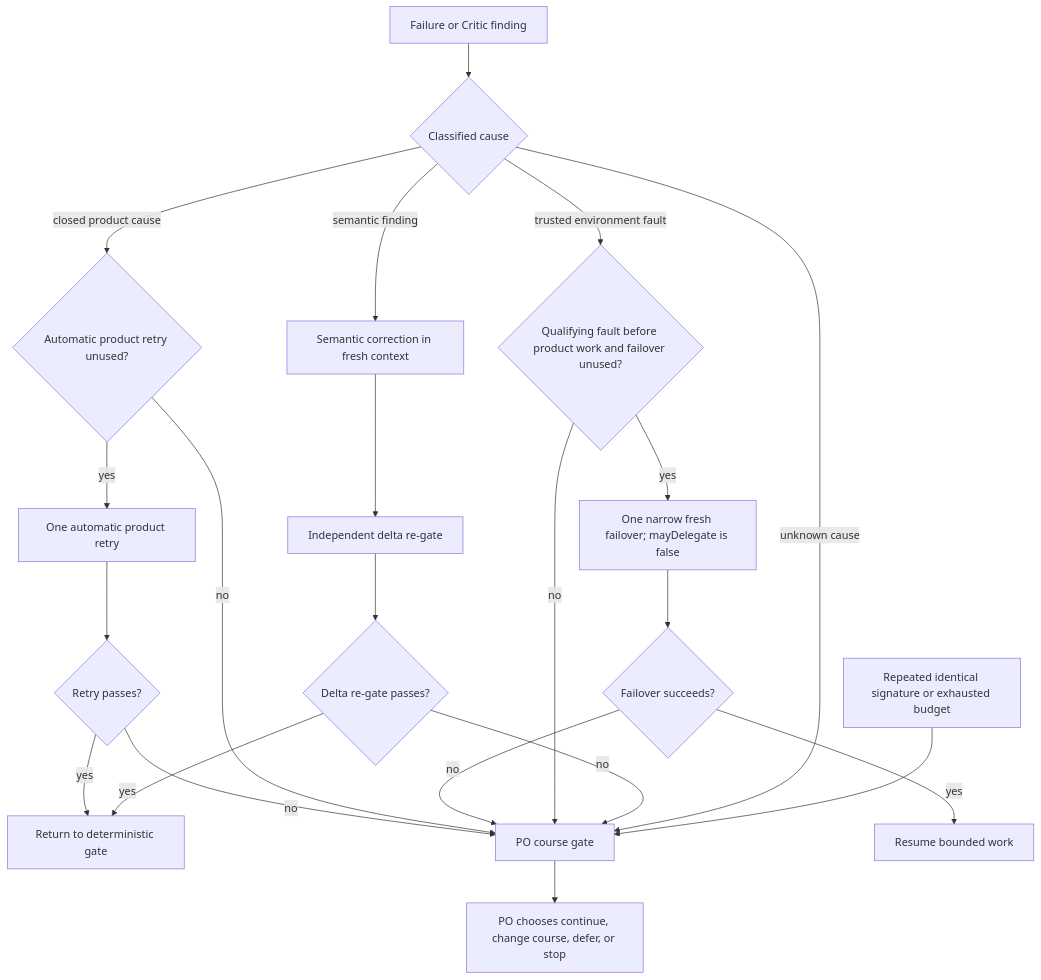
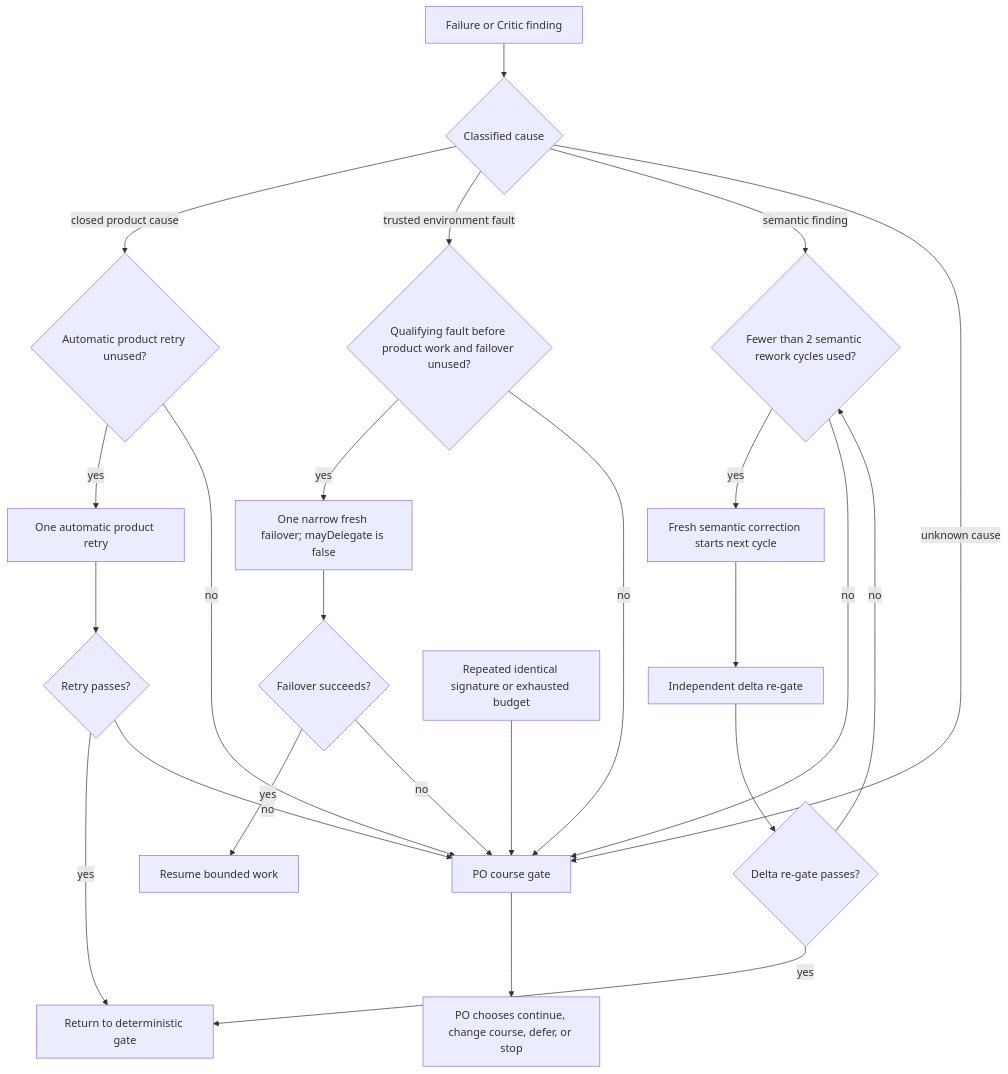
One commit to agent-pipe-shared/agent-pipeline changed the second of 3 diagrams in PIPELINE_FLOW.md. Above: the diagram before and after it, drawn with Mermaid. The commit also changed other lines of this file, not shown here.

First line of the commit message:
docs: correct pipeline flow gates

````diff
--- a/PIPELINE_FLOW.md
+++ b/PIPELINE_FLOW.md
@@ -87,24 +113,26 @@
 ```mermaid
 flowchart TD
     FAILURE["Failure or Critic finding"] --> KIND{"Classified cause"}
     KIND -->|"closed product cause"| PRETRY{"Automatic product retry unused?"}
     PRETRY -->|"yes"| RETRY["One automatic product retry"]
     RETRY --> ROK{"Retry passes?"}
     ROK -->|"yes"| MACHINE["Return to deterministic gate"]
     ROK -->|"no"| COURSE["PO course gate"]
     PRETRY -->|"no"| COURSE
     KIND -->|"trusted environment fault"| EQUAL{"Qualifying fault before product work and failover unused?"}
     EQUAL -->|"yes"| FAILOVER["One narrow fresh failover; mayDelegate is false"]
     FAILOVER --> FOK{"Failover succeeds?"}
     FOK -->|"yes"| RESUME["Resume bounded work"]
     FOK -->|"no"| COURSE
     EQUAL -->|"no"| COURSE
-    KIND -->|"semantic finding"| CORRECT["Semantic correction in fresh context"]
+    KIND -->|"semantic finding"| SBUDGET{"Fewer than 2 semantic rework cycles used?"}
+    SBUDGET -->|"yes"| CORRECT["Fresh semantic correction starts next cycle"]
     CORRECT --> REGATE["Independent delta re-gate"]
     REGATE --> DOK{"Delta re-gate passes?"}
     DOK -->|"yes"| MACHINE
-    DOK -->|"no"| COURSE
+    DOK -->|"no"| SBUDGET
+    SBUDGET -->|"no"| COURSE
     KIND -->|"unknown cause"| COURSE
     REPEAT["Repeated identical signature or exhausted budget"] --> COURSE
     COURSE --> DECIDE["PO chooses continue, change course, defer, or stop"]
 ```
````
